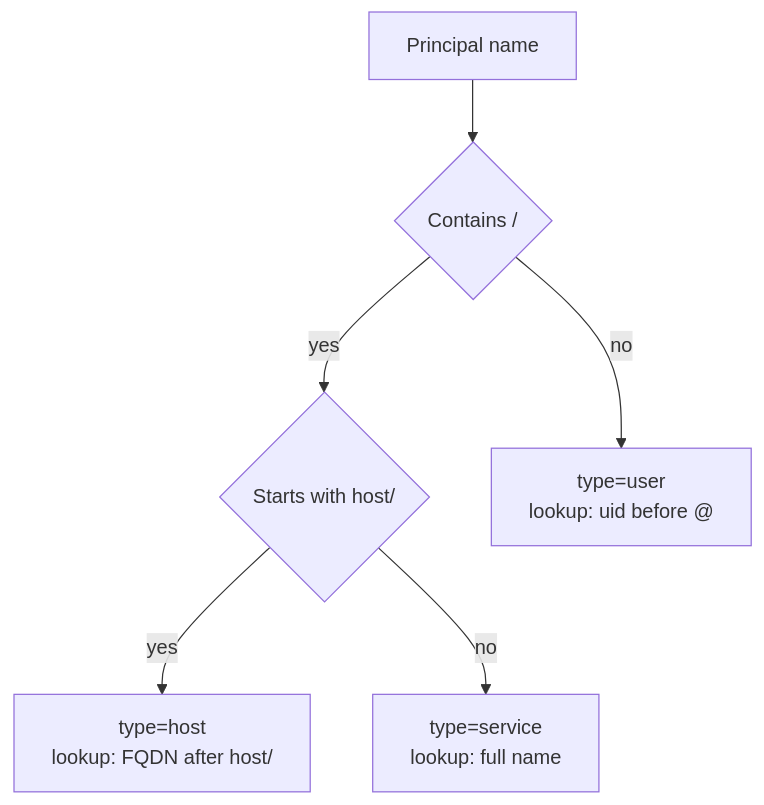
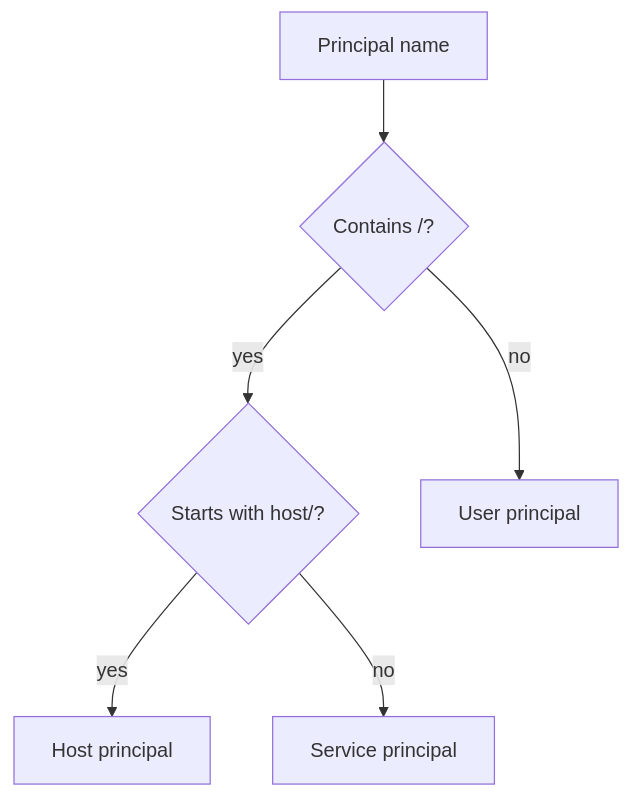
Before and after one commit to gprocunier/eigenstate-ipa: the second of 2 diagrams in docs/principal-plugin.md, drawn with Mermaid. The commit also changed other lines of this file and 12 other files, not shown here.

Commit message:
Clean up Mermaid diagrams across docs

````diff
--- a/docs/principal-plugin.md
+++ b/docs/principal-plugin.md
@@ -105,15 +105,15 @@
 ```mermaid
 flowchart TD
     name["Principal name"]
-    slash{"Contains /"}
-    hostpfx{"Starts with host/"}
-    svc["type=service\nlookup: full name"]
-    host["type=host\nlookup: FQDN after host/"]
-    user["type=user\nlookup: uid before @"]
+    slash{"Contains /?"}
+    hostpfx{"Starts with host/?"}
+    svc["Service principal"]
+    host["Host principal"]
+    user["User principal"]
 
     name --> slash
     slash -->|yes| hostpfx
     slash -->|no| user
     hostpfx -->|yes| host
     hostpfx -->|no| svc
 ```
````
